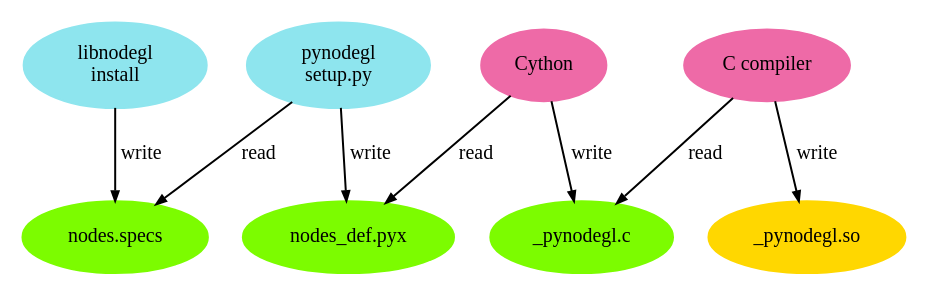
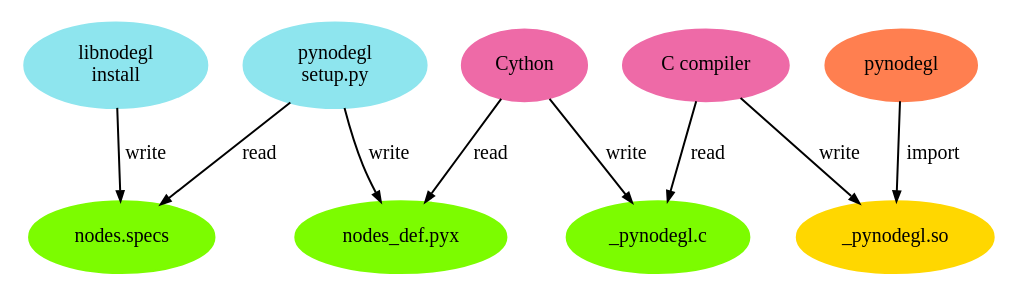
The diagram in doc/expl/binding.dot (NopeForge/nope.gl), drawn with Graphviz before and after one commit. The commit also changed 1 other file, not shown here.

Commit message:
doc/binding: add information on the final pynodegl module

```diff
--- a/doc/expl/binding.dot
+++ b/doc/expl/binding.dot
@@ -1,28 +1,32 @@
 digraph {
     node[style=filled,fontsize=10]
     edge[fontsize=10,arrowsize=0.5]
 
     node[color=cadetblue2]
     libnodegl_install [label="libnodegl\ninstall"]
     pynodegl_setup [label="pynodegl\nsetup.py"]
 
     node[color=hotpink2]
     cython [label="Cython"]
     cc [label="C compiler"]
 
     node[color=lawngreen]
     specs [label="nodes.specs"]
     c [label="_pynodegl.c"]
     pyx [label="nodes_def.pyx"]
 
     node[color=gold]
     mod [label="_pynodegl.so"]
 
+    node[color=coral]
+    pymod [label="pynodegl"]
+
     libnodegl_install -> specs [label="write"]
     pynodegl_setup -> specs [label="read"]
     pynodegl_setup -> pyx [label="write"]
     cython -> pyx [label="read"]
     cython -> c [label="write"]
     cc -> c [label="read"]
     cc -> mod [label="write"]
+    pymod -> mod [label="import"]
 }
```
